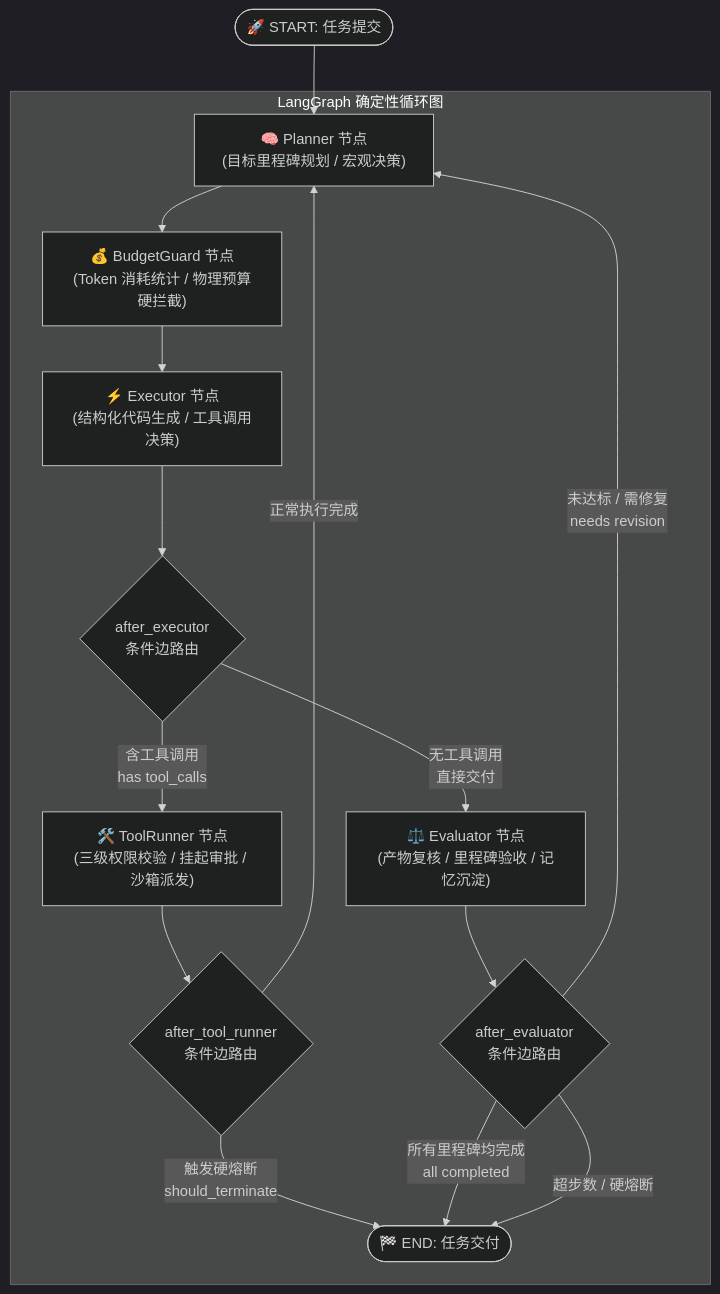
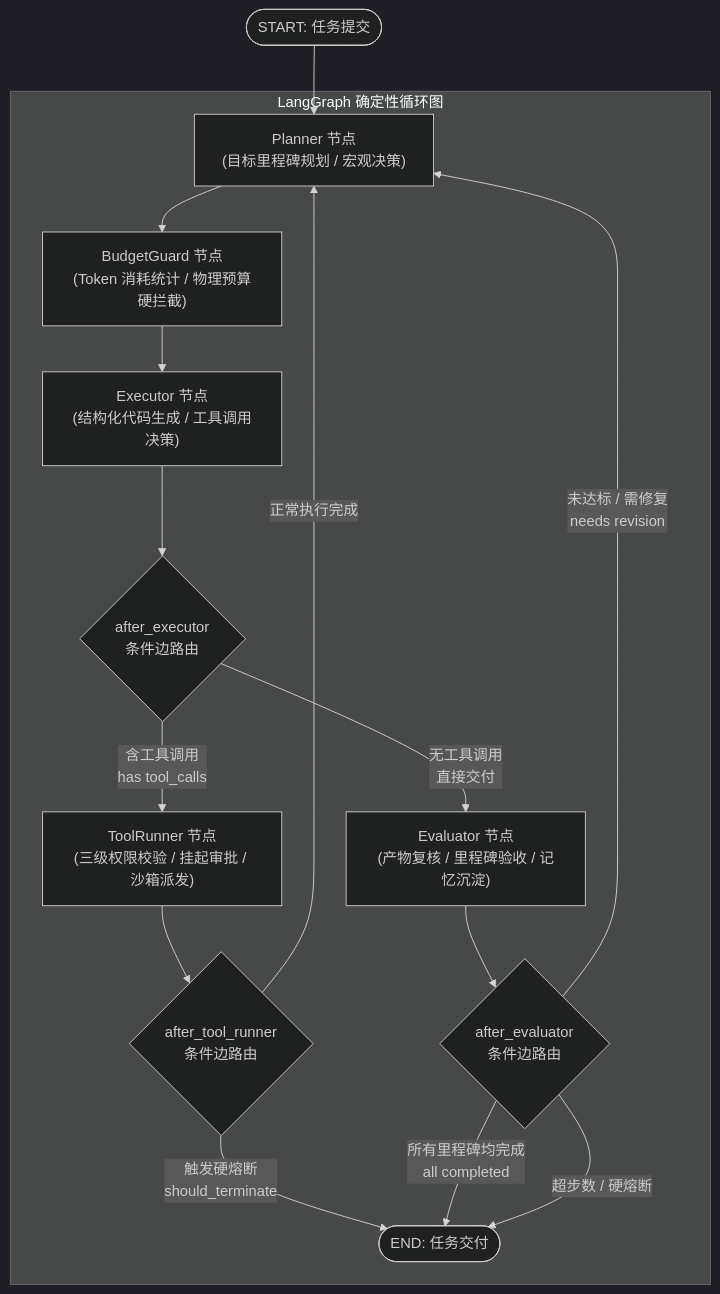
Before and after one commit to MakinoharaShokosans/Aegis: the diagram in documents/01_项目架构/01_Agent编排与状态机架构.md, drawn with Mermaid (dark theme). The commit also changed other lines of this file and 97 other files, not shown here.

````diff
--- a/documents/01_项目架构/01_Agent编排与状态机架构.md
+++ b/documents/01_项目架构/01_Agent编排与状态机架构.md
@@ -15,26 +15,26 @@
 ```mermaid
 flowchart TD
-    START([🚀 START: 任务提交]) --> planner
+    START([ START: 任务提交]) --> planner
 
     subgraph LangGraphLoop ["LangGraph 确定性循环图"]
-        planner["🧠 Planner 节点\n(目标里程碑规划 / 宏观决策)"] --> budget_guard
-        budget_guard["💰 BudgetGuard 节点\n(Token 消耗统计 / 物理预算硬拦截)"] --> executor
-        executor["⚡ Executor 节点\n(结构化代码生成 / 工具调用决策)"] --> after_executor{after_executor\n条件边路由}
+        planner[" Planner 节点\n(目标里程碑规划 / 宏观决策)"] --> budget_guard
+        budget_guard[" BudgetGuard 节点\n(Token 消耗统计 / 物理预算硬拦截)"] --> executor
+        executor[" Executor 节点\n(结构化代码生成 / 工具调用决策)"] --> after_executor{after_executor\n条件边路由}
 
         after_executor --"含工具调用\nhas tool_calls"--> tool_runner
         after_executor --"无工具调用\n直接交付"--> evaluator
 
-        tool_runner["🛠️ ToolRunner 节点\n(三级权限校验 / 挂起审批 / 沙箱派发)"] --> after_tool_runner{after_tool_runner\n条件边路由}
+        tool_runner[" ToolRunner 节点\n(三级权限校验 / 挂起审批 / 沙箱派发)"] --> after_tool_runner{after_tool_runner\n条件边路由}
 
         after_tool_runner --"正常执行完成"--> planner
         after_tool_runner --"触发硬熔断\nshould_terminate"--> END
 
-        evaluator["⚖️ Evaluator 节点\n(产物复核 / 里程碑验收 / 记忆沉淀)"] --> after_evaluator{after_evaluator\n条件边路由}
+        evaluator[" Evaluator 节点\n(产物复核 / 里程碑验收 / 记忆沉淀)"] --> after_evaluator{after_evaluator\n条件边路由}
 
         after_evaluator --"所有里程碑均完成\nall completed"--> END
         after_evaluator --"未达标 / 需修复\nneeds revision"--> planner
         after_evaluator --"超步数 / 硬熔断"--> END
     end
 
-    END([🏁 END: 任务交付])
+    END([ END: 任务交付])
 ```
````
